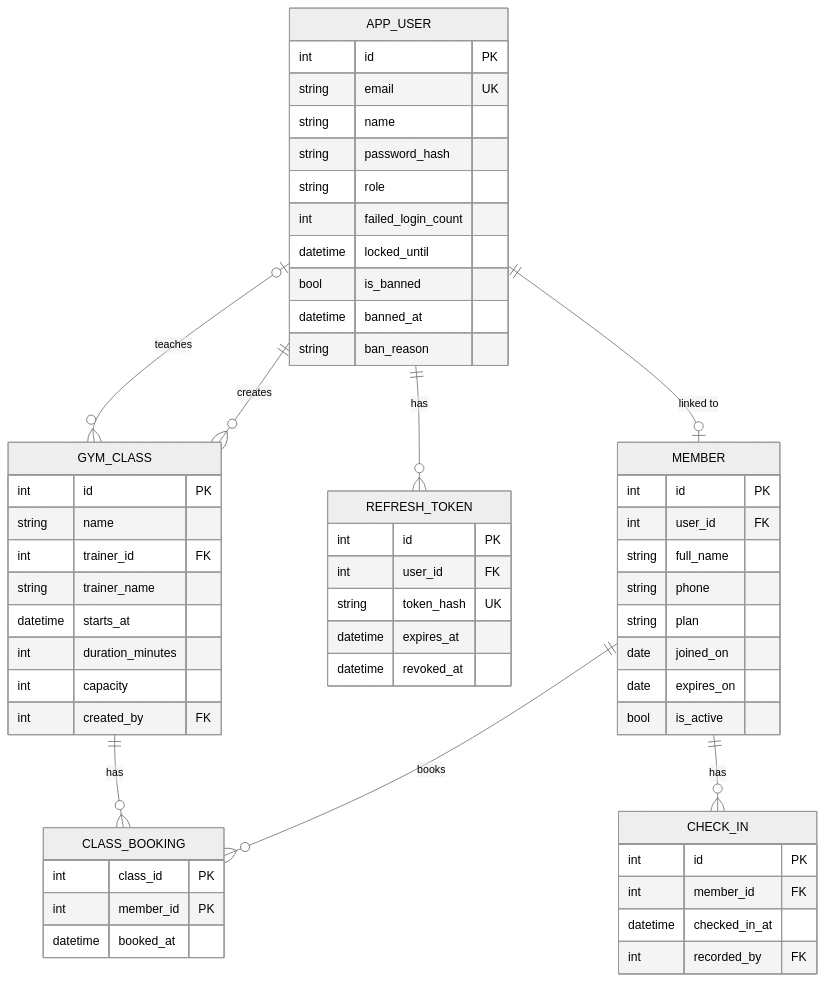
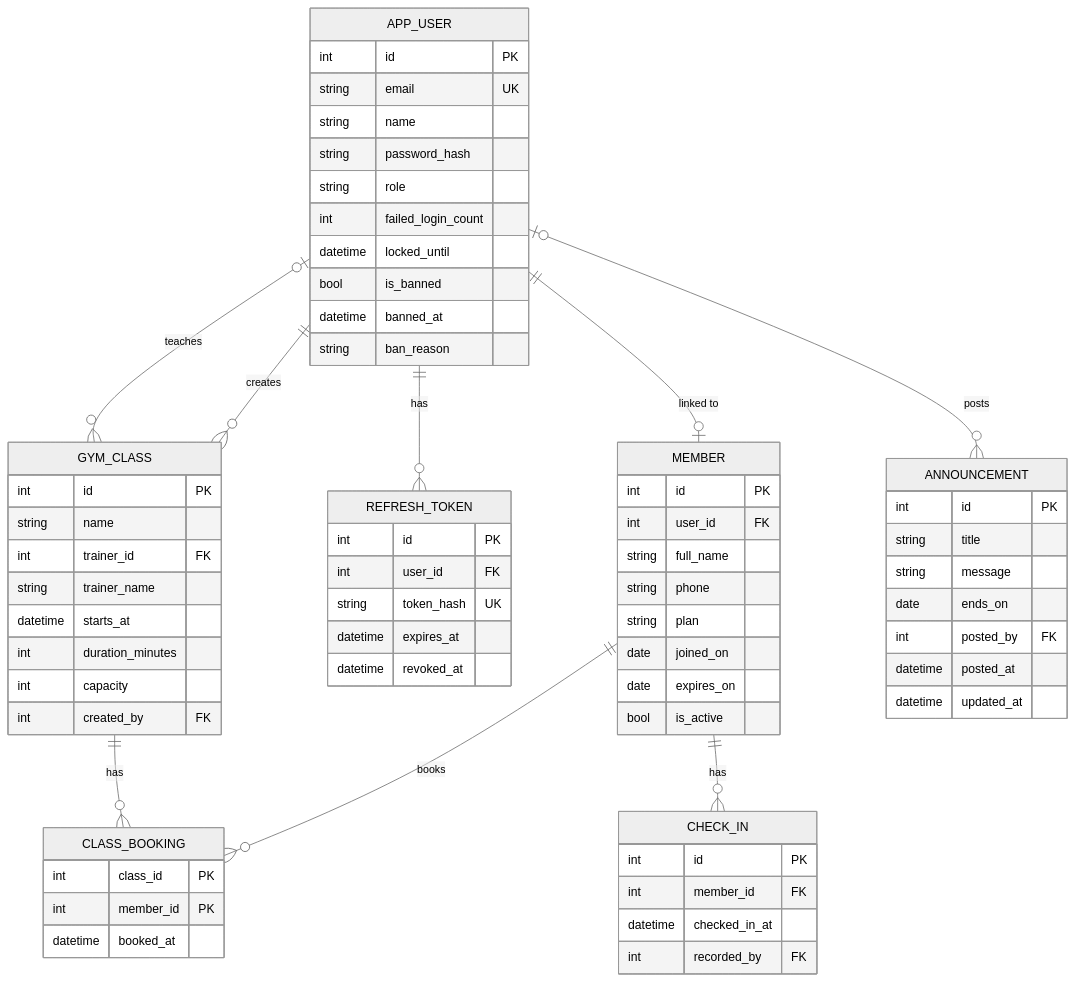
One commit to TanvirMahmudTushar/gym-buddy changed the sixth of 7 diagrams in docs/03-tdd.md. Above: the diagram before and after it, drawn with Mermaid (neutral theme). The commit also changed other lines of this file and 20 other files, not shown here.

````diff
--- a/docs/03-tdd.md
+++ b/docs/03-tdd.md
@@ -312,60 +330,70 @@
 ```mermaid
 erDiagram
     APP_USER ||--o| MEMBER : "linked to"
     APP_USER ||--o{ REFRESH_TOKEN : has
     APP_USER ||--o{ GYM_CLASS : creates
     APP_USER |o--o{ GYM_CLASS : teaches
+    APP_USER |o--o{ ANNOUNCEMENT : posts
     MEMBER ||--o{ CLASS_BOOKING : books
     GYM_CLASS ||--o{ CLASS_BOOKING : has
     MEMBER ||--o{ CHECK_IN : has
     APP_USER {
         int id PK
         string email UK
         string name
         string password_hash
         string role
         int failed_login_count
         datetime locked_until
         bool is_banned
         datetime banned_at
         string ban_reason
     }
     REFRESH_TOKEN {
         int id PK
         int user_id FK
         string token_hash UK
         datetime expires_at
         datetime revoked_at
     }
     MEMBER {
         int id PK
         int user_id FK
         string full_name
         string phone
         string plan
         date joined_on
         date expires_on
         bool is_active
     }
     GYM_CLASS {
         int id PK
         string name
         int trainer_id FK
         string trainer_name
         datetime starts_at
         int duration_minutes
         int capacity
         int created_by FK
     }
     CLASS_BOOKING {
         int class_id PK
         int member_id PK
         datetime booked_at
     }
     CHECK_IN {
         int id PK
         int member_id FK
         datetime checked_in_at
         int recorded_by FK
     }
+    ANNOUNCEMENT {
+        int id PK
+        string title
+        string message
+        date ends_on
+        int posted_by FK
+        datetime posted_at
+        datetime updated_at
+    }
 ```
````
